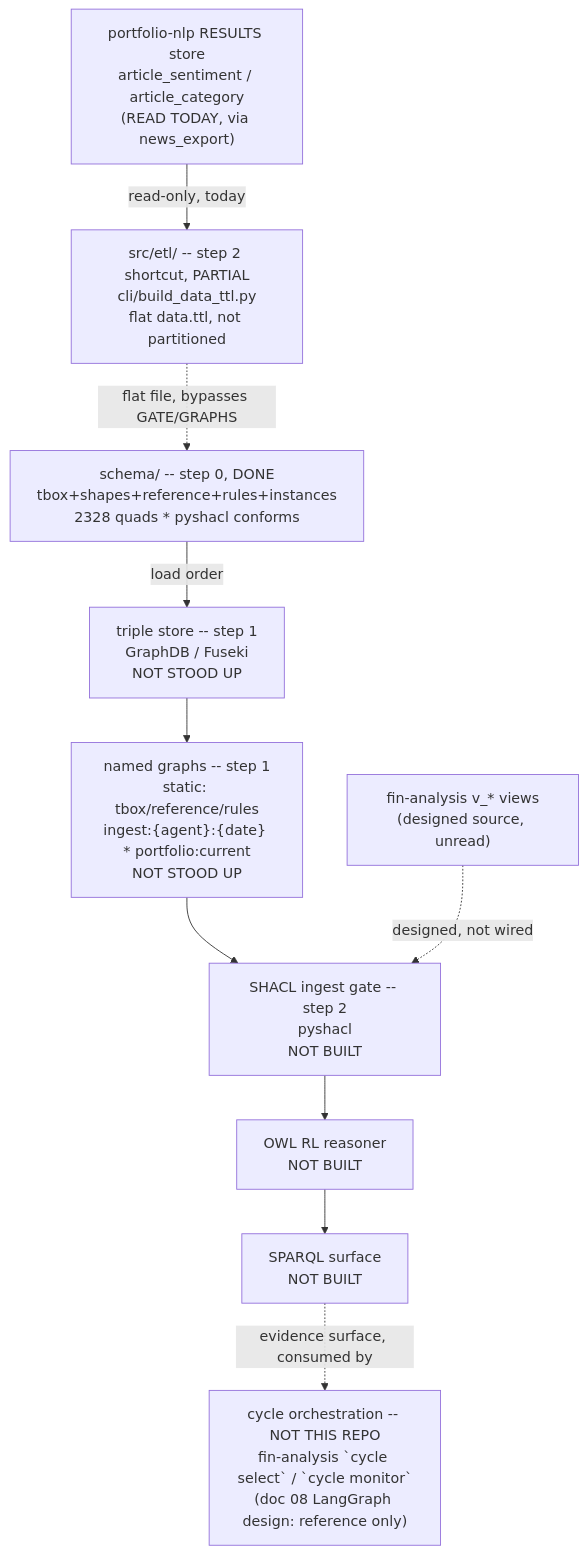
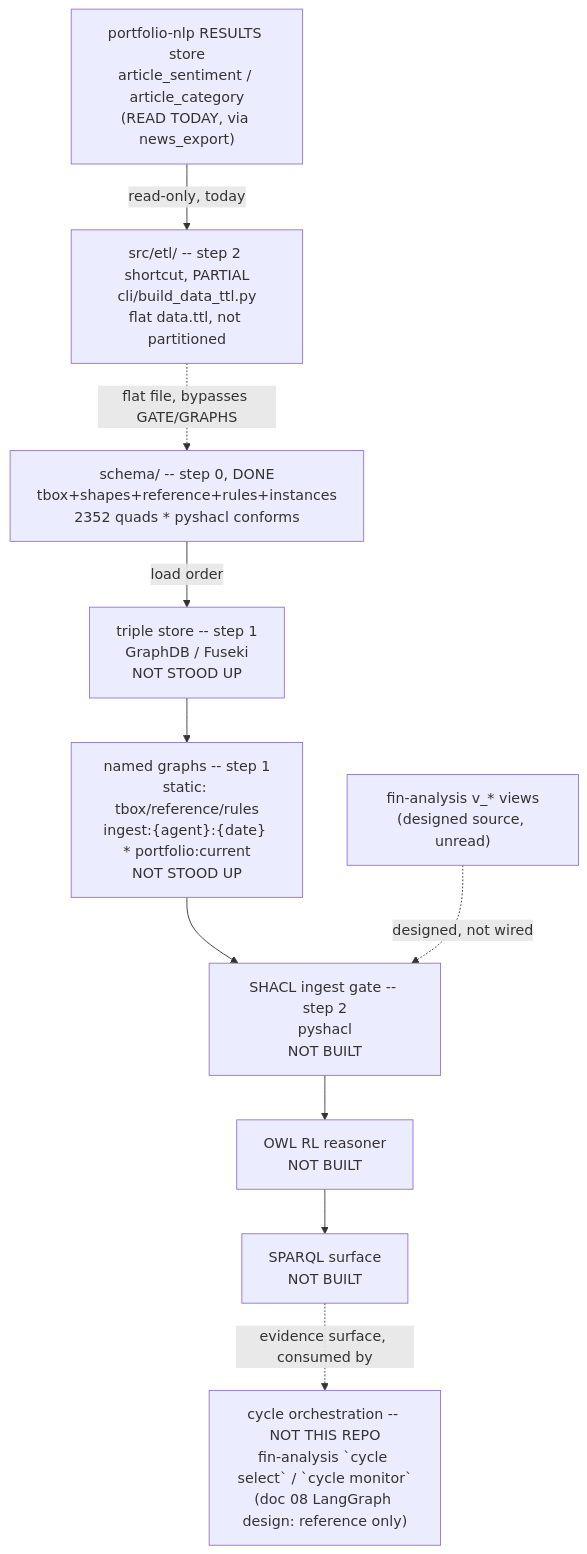
The diagram in .specify/memory/SPEC.md (gamug/portfolio-knowledge-graph), drawn with Mermaid before and after one commit. The commit also changed other lines of this file and 6 other files, not shown here.

Commit message:
fix(schema): PR #42 verdict items — unit wording, v_quant_run, T-105 rename tracked, LIVE subject metrics and live_book kind enforced by SHACL

````diff
--- a/.specify/memory/SPEC.md
+++ b/.specify/memory/SPEC.md
@@ -298,20 +298,20 @@
 ```mermaid
 flowchart TB
-    SCHEMA["schema/ -- step 0, DONE<br/>tbox+shapes+reference+rules+instances<br/>2328 quads * pyshacl conforms"]
+    SCHEMA["schema/ -- step 0, DONE<br/>tbox+shapes+reference+rules+instances<br/>2352 quads * pyshacl conforms"]
     STORE["triple store -- step 1<br/>GraphDB / Fuseki<br/>NOT STOOD UP"]
     GRAPHS["named graphs -- step 1<br/>static: tbox/reference/rules<br/>ingest:{agent}:{date} * portfolio:current<br/>NOT STOOD UP"]
     GATE["SHACL ingest gate -- step 2<br/>pyshacl<br/>NOT BUILT"]
     FIN["fin-analysis v_* views<br/>(designed source, unread)"]
     NLPRES["portfolio-nlp RESULTS store<br/>article_sentiment / article_category<br/>(READ TODAY, via news_export)"]
     ETL["src/etl/ -- step 2 shortcut, PARTIAL<br/>cli/build_data_ttl.py<br/>flat data.ttl, not partitioned"]
     REASON["OWL RL reasoner<br/>NOT BUILT"]
     SPARQL["SPARQL surface<br/>NOT BUILT"]
     AGENTS["cycle orchestration -- NOT THIS REPO<br/>fin-analysis `cycle select` / `cycle monitor`<br/>(doc 08 LangGraph design: reference only)"]
 
     SCHEMA -->|load order| STORE --> GRAPHS --> GATE
     FIN -.->|designed, not wired| GATE
     NLPRES -->|read-only, today| ETL
     ETL -.->|flat file, bypasses GATE/GRAPHS| SCHEMA
     GATE --> REASON --> SPARQL
     SPARQL -.->|evidence surface, consumed by| AGENTS
 ```
````
